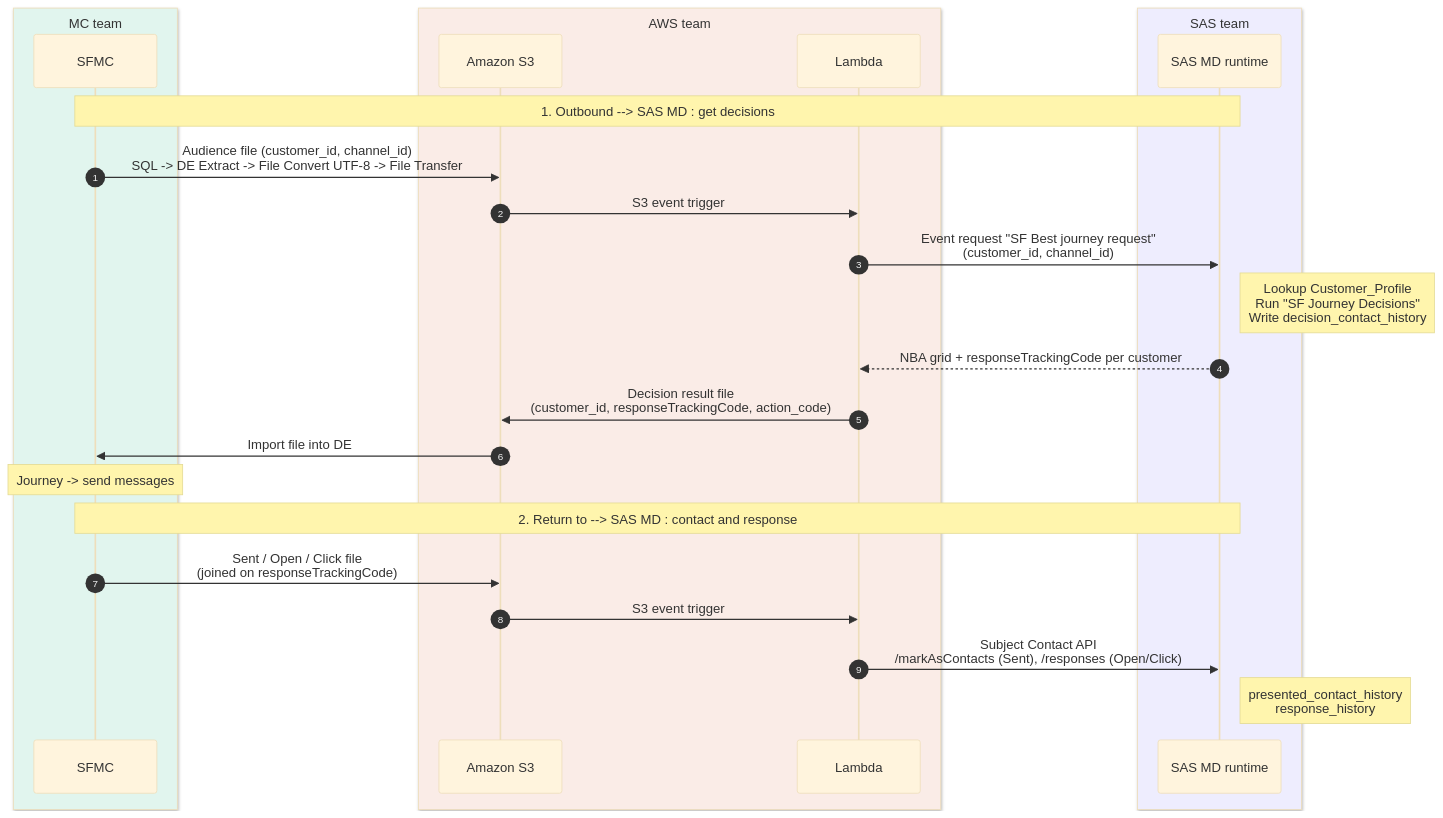
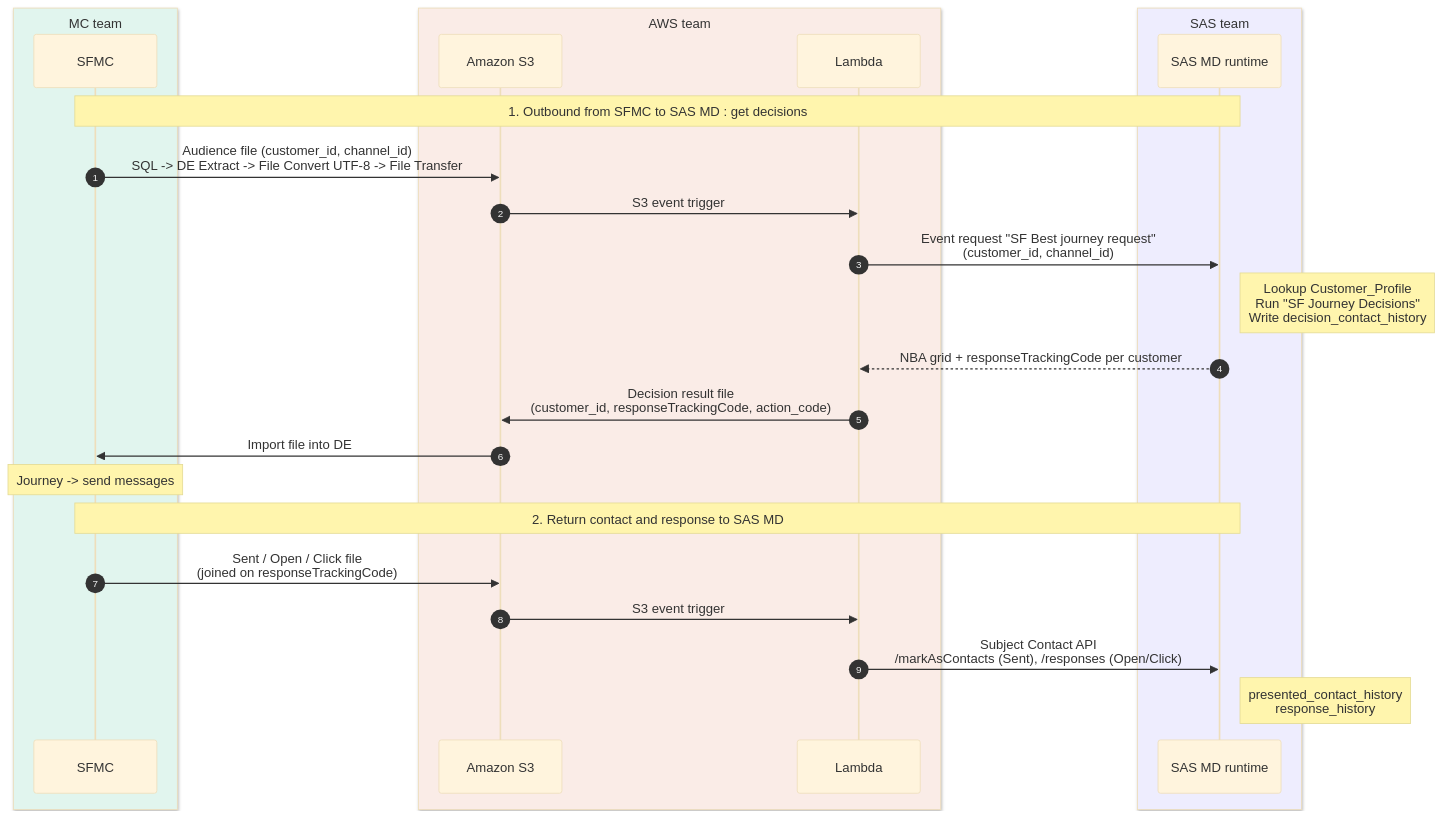
One commit to buaandkwan-ctrl/mermaid changed the diagram in sfmc_sas_md_sequence.mmd. Above: the diagram before and after it, drawn with Mermaid (base theme).

```diff
--- a/sfmc_sas_md_sequence.mmd
+++ b/sfmc_sas_md_sequence.mmd
@@ -1,28 +1,28 @@
 sequenceDiagram
     autonumber
     box rgb(225,245,238) MC team 
         participant SFMC as SFMC
     end
     box rgb(250,236,231) AWS team 
         participant S3 as Amazon S3
         participant L as Lambda
     end
     box rgb(238,237,254) SAS team
         participant MD as SAS MD runtime
     end
 
-    Note over SFMC,MD: 1. Outbound --> SAS MD : get decisions 
+    Note over SFMC,MD: 1. Outbound from SFMC to SAS MD : get decisions 
     SFMC->>S3: Audience file (customer_id, channel_id)<br/>SQL -> DE Extract -> File Convert UTF-8 -> File Transfer
     S3->>L: S3 event trigger
     L->>MD: Event request "SF Best journey request"<br/>(customer_id, channel_id)
     Note right of MD: Lookup Customer_Profile<br/>Run "SF Journey Decisions"<br/>Write decision_contact_history
     MD-->>L: NBA grid + responseTrackingCode per customer
     L->>S3: Decision result file<br/>(customer_id, responseTrackingCode, action_code)
     S3->>SFMC: Import file into DE
     Note over SFMC: Journey -> send messages
 
-    Note over SFMC,MD: 2. Return to --> SAS MD : contact and response
+    Note over SFMC,MD: 2. Return contact and response to SAS MD 
     SFMC->>S3: Sent / Open / Click file<br/>(joined on responseTrackingCode)
     S3->>L: S3 event trigger
     L->>MD: Subject Contact API<br/>/markAsContacts (Sent), /responses (Open/Click)
     Note right of MD: presented_contact_history<br/>response_history
```
